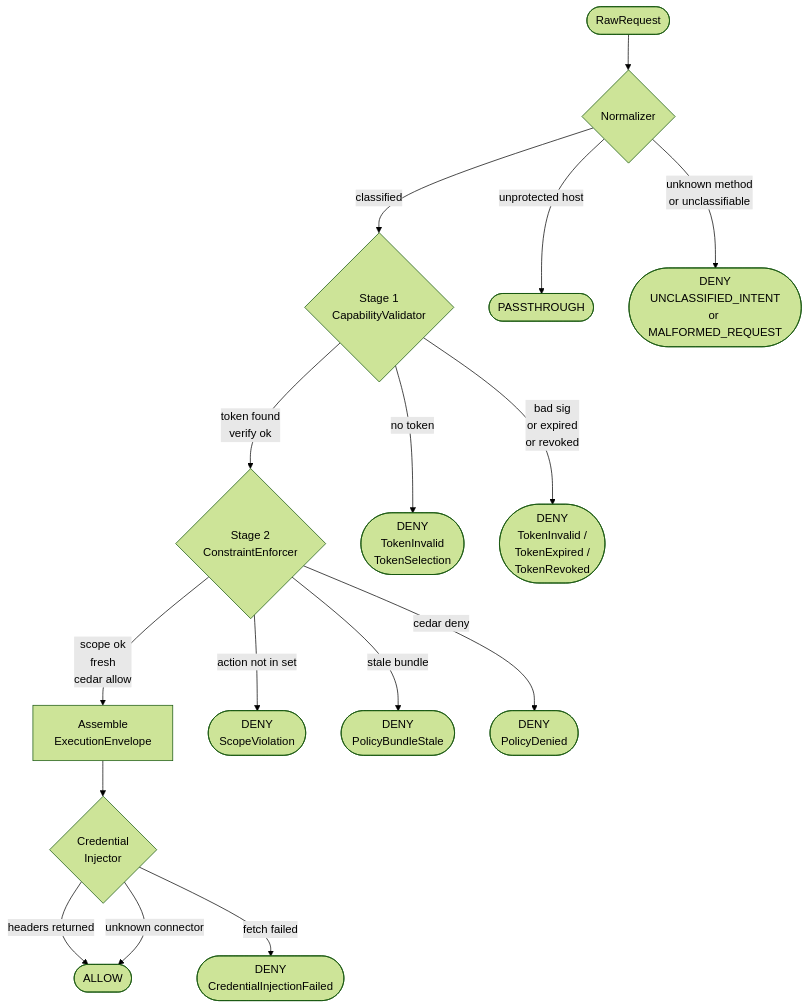
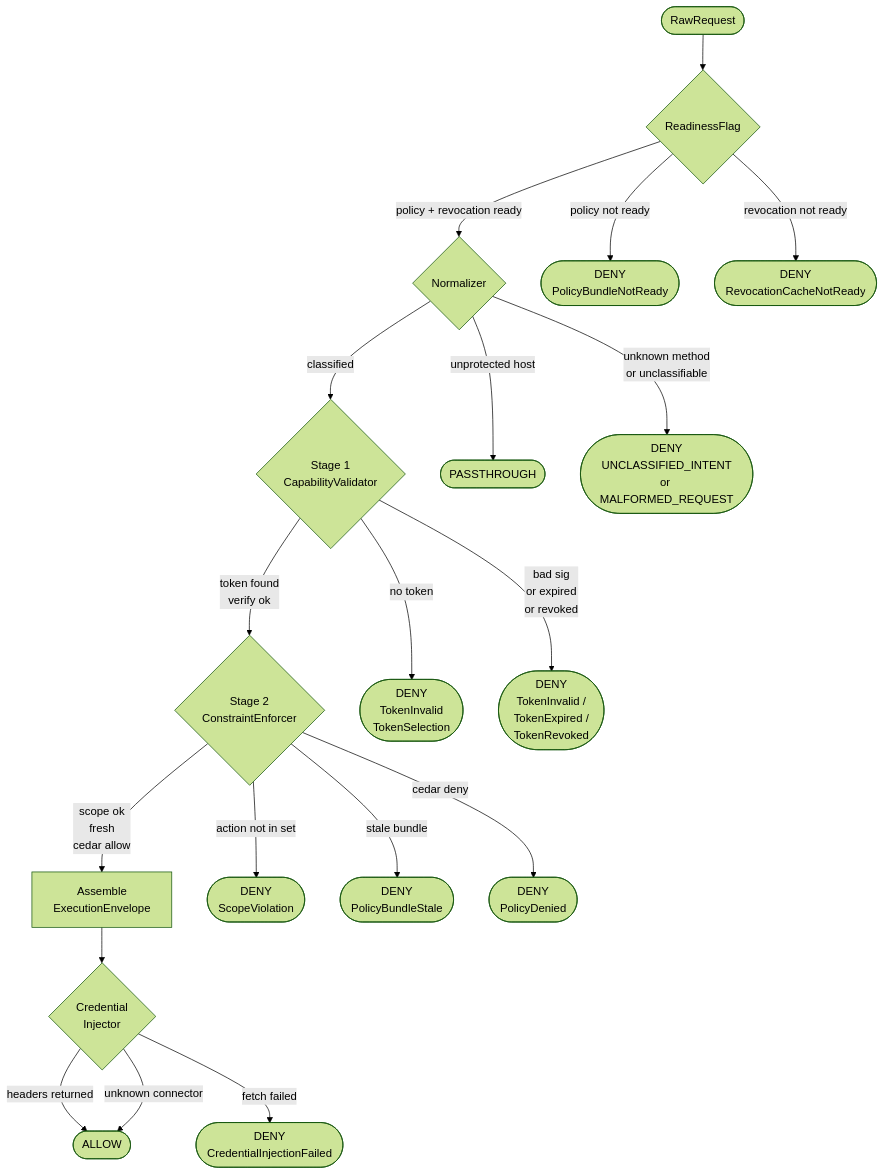
The fourth of 10 diagrams in docs/architecture/sidecar-overview.md (Firma-AI/openfirma), drawn with Mermaid (forest theme) before and after one commit. The commit also changed other lines of this file and 26 other files, not shown here.

````diff
--- a/docs/architecture/sidecar-overview.md
+++ b/docs/architecture/sidecar-overview.md
@@ -166,22 +197,25 @@
 ```mermaid
 flowchart TB
     raw([RawRequest])
-    raw --> norm{Normalizer}
+    raw --> ready{ReadinessFlag}
+    ready -->|policy + revocation ready| norm{Normalizer}
+    ready -->|policy not ready| denyready1([DENY<br/>PolicyBundleNotReady])
+    ready -->|revocation not ready| denyready2([DENY<br/>RevocationCacheNotReady])
     norm -->|classified| s1{Stage 1<br/>CapabilityValidator}
     norm -->|unprotected host| passthrough([PASSTHROUGH])
     norm -->|unknown method<br/>or unclassifiable| deny1([DENY<br/>UNCLASSIFIED_INTENT<br/>or MALFORMED_REQUEST])
 
     s1 -->|token found<br/>verify ok| s2{Stage 2<br/>ConstraintEnforcer}
     s1 -->|no token| deny2([DENY<br/>TokenInvalid<br/>TokenSelection])
     s1 -->|bad sig<br/>or expired<br/>or revoked| deny3([DENY<br/>TokenInvalid /<br/>TokenExpired /<br/>TokenRevoked])
 
     s2 -->|scope ok<br/>fresh<br/>cedar allow| assemble[Assemble<br/>ExecutionEnvelope]
     s2 -->|action not in set| deny4([DENY<br/>ScopeViolation])
     s2 -->|stale bundle| deny5([DENY<br/>PolicyBundleStale])
     s2 -->|cedar deny| deny6([DENY<br/>PolicyDenied])
 
     assemble --> inj{Credential<br/>Injector}
     inj -->|headers returned| allow([ALLOW])
     inj -->|unknown connector| allow
     inj -->|fetch failed| deny7([DENY<br/>CredentialInjectionFailed])
 ```
````
